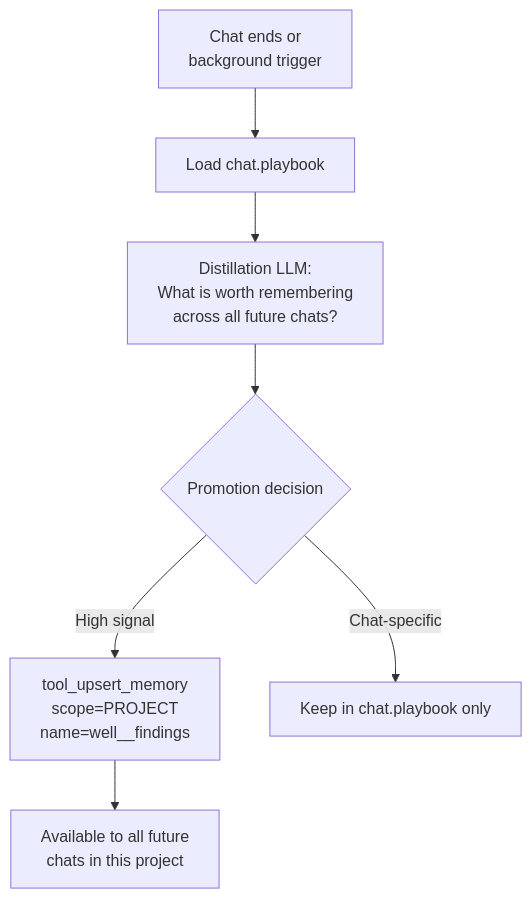
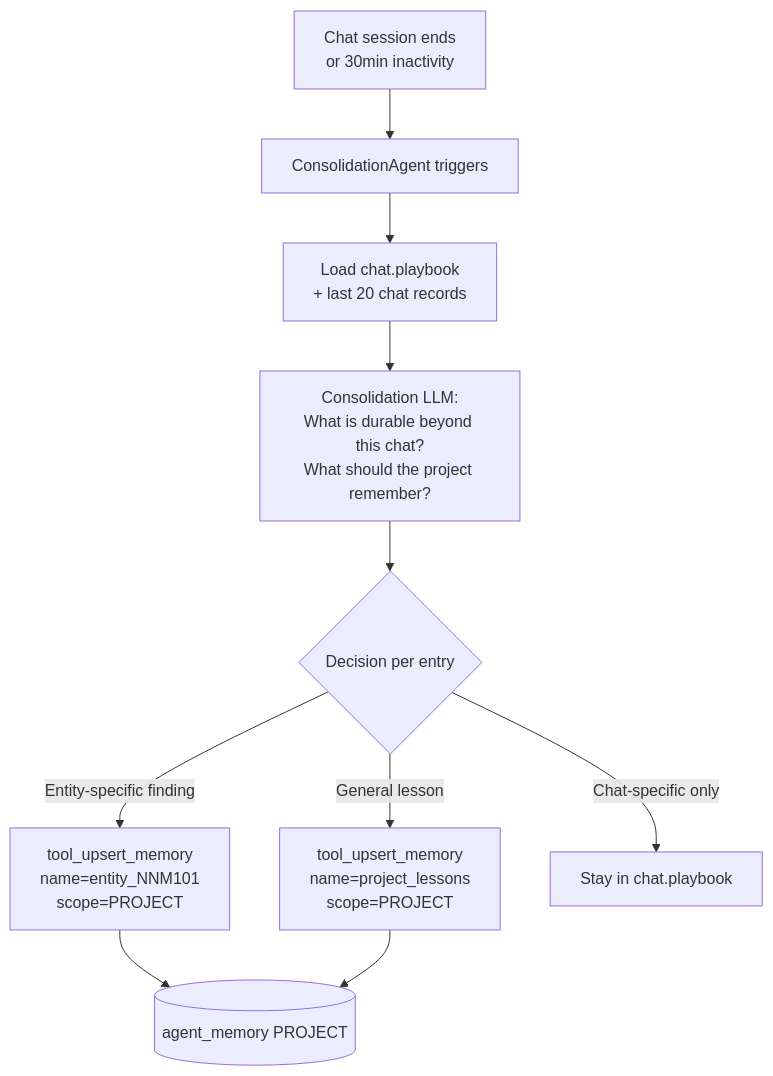
One commit to wiedersehne/Ida-arch changed the third of 5 diagrams in memory-gap-analysis.md. Above: the diagram before and after it, drawn with Mermaid. The commit also changed other lines of this file, not shown here.

````diff
--- a/memory-gap-analysis.md
+++ b/memory-gap-analysis.md
@@ -126,9 +136,12 @@
 ```mermaid
 flowchart TD
-    A[Chat ends or\nbackground trigger] --> B[Load chat.playbook]
-    B --> C[Distillation LLM:\nWhat is worth remembering\nacross all future chats?]
-    C --> D{Promotion decision}
-    D -->|High signal| E[tool_upsert_memory\nscope=PROJECT\nname=well_<X>_findings]
-    D -->|Chat-specific| F[Keep in chat.playbook only]
-    E --> G[Available to all future\nchats in this project]
+    A[Chat session ends\nor 30min inactivity] --> B[ConsolidationAgent triggers]
+    B --> C[Load chat.playbook\n+ last 20 chat records]
+    C --> D[Consolidation LLM:\nWhat is durable beyond this chat?\nWhat should the project remember?]
+    D --> E{Decision per entry}
+    E -->|Entity-specific finding| F[tool_upsert_memory\nname=entity_NNM101\nscope=PROJECT]
+    E -->|General lesson| G[tool_upsert_memory\nname=project_lessons\nscope=PROJECT]
+    E -->|Chat-specific only| H[Stay in chat.playbook]
+    F --> I[(agent_memory PROJECT)]
+    G --> I
 ```
````
